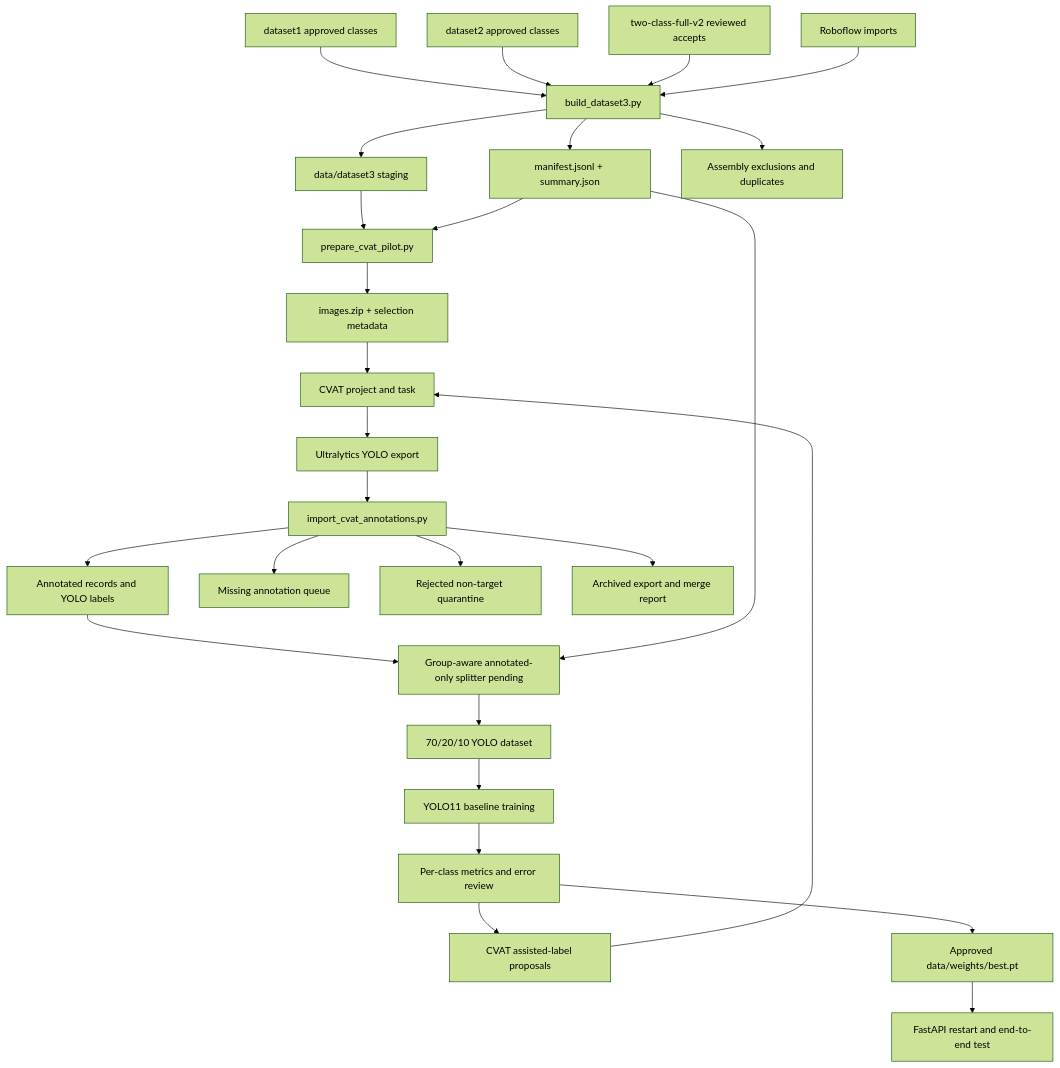
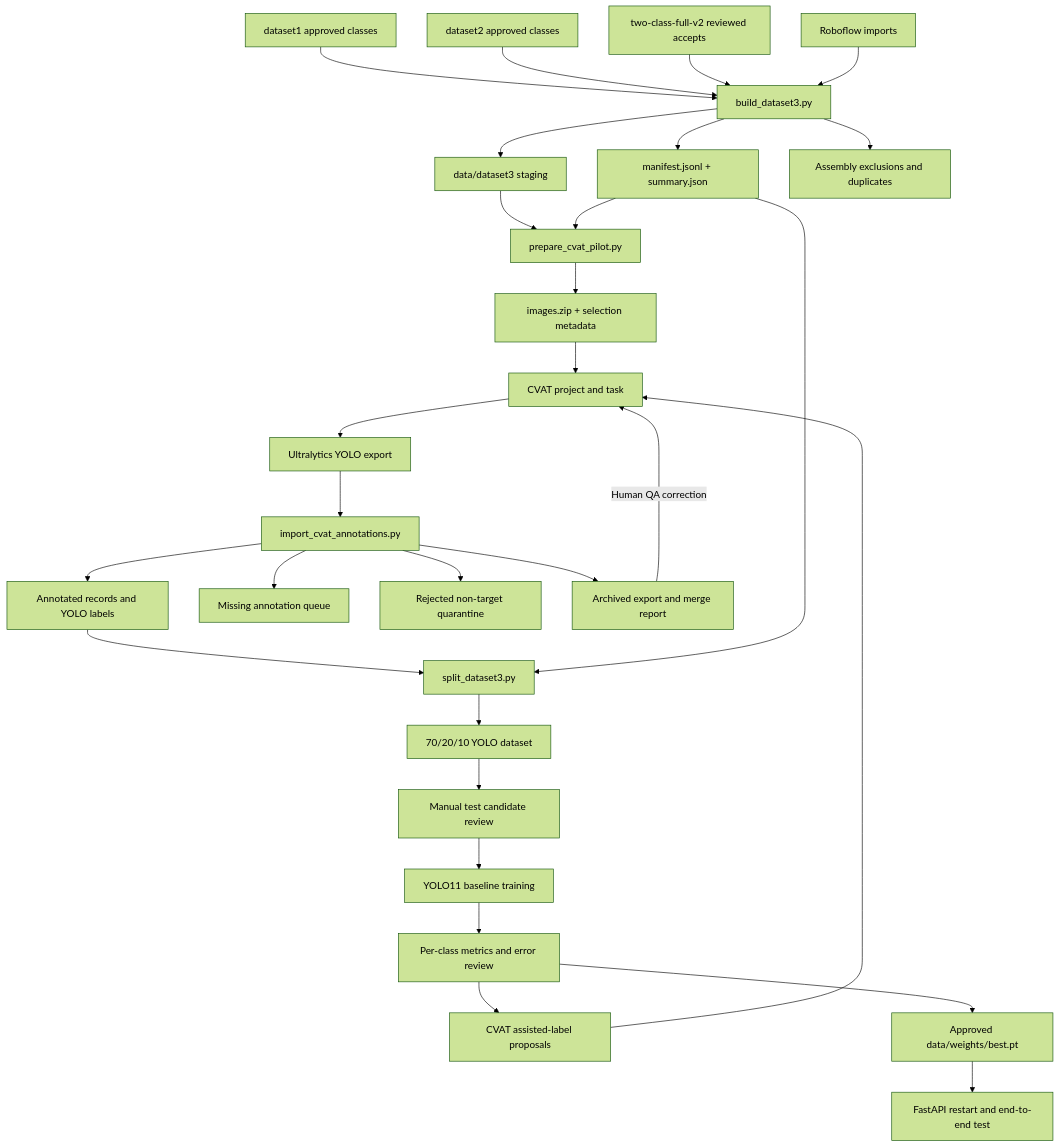
The second of 2 diagrams in docs/architecture.md (jiale2004/FoodSense-MY), drawn with Mermaid (forest theme) before and after one commit. The commit also changed other lines of this file and 7 other files, not shown here.

First line of the commit message:
feat: add CVAT revision import and leakage-safe dataset3 split

````diff
--- a/docs/architecture.md
+++ b/docs/architecture.md
@@ -85,31 +86,33 @@
 ```mermaid
 flowchart TD
     D1[dataset1 approved classes] --> Build[build_dataset3.py]
     D2[dataset2 approved classes] --> Build
     Web[two-class-full-v2 reviewed accepts] --> Build
     RF[Roboflow imports] --> Build
     Build --> Stage[data/dataset3 staging]
     Build --> Manifest[manifest.jsonl + summary.json]
     Build --> Reject0[Assembly exclusions and duplicates]
 
     Stage --> Select[prepare_cvat_pilot.py]
     Manifest --> Select
     Select --> Zip[images.zip + selection metadata]
     Zip --> CVAT[CVAT project and task]
     CVAT --> Export[Ultralytics YOLO export]
     Export --> Merge[import_cvat_annotations.py]
     Merge --> Annotated[Annotated records and YOLO labels]
     Merge --> Missing[Missing annotation queue]
     Merge --> Rejected[Rejected non-target quarantine]
     Merge --> Audit[Archived export and merge report]
+    Audit -->|Human QA correction| CVAT
 
-    Annotated --> Split[Group-aware annotated-only splitter pending]
+    Annotated --> Split[split_dataset3.py]
     Manifest --> Split
     Split --> Baseline[70/20/10 YOLO dataset]
-    Baseline --> Train[YOLO11 baseline training]
+    Baseline --> Holdout[Manual test candidate review]
+    Holdout --> Train[YOLO11 baseline training]
     Train --> Evaluate[Per-class metrics and error review]
     Evaluate --> Assist[CVAT assisted-label proposals]
     Assist --> CVAT
     Evaluate --> Promote[Approved data/weights/best.pt]
     Promote --> App[FastAPI restart and end-to-end test]
 ```
````
